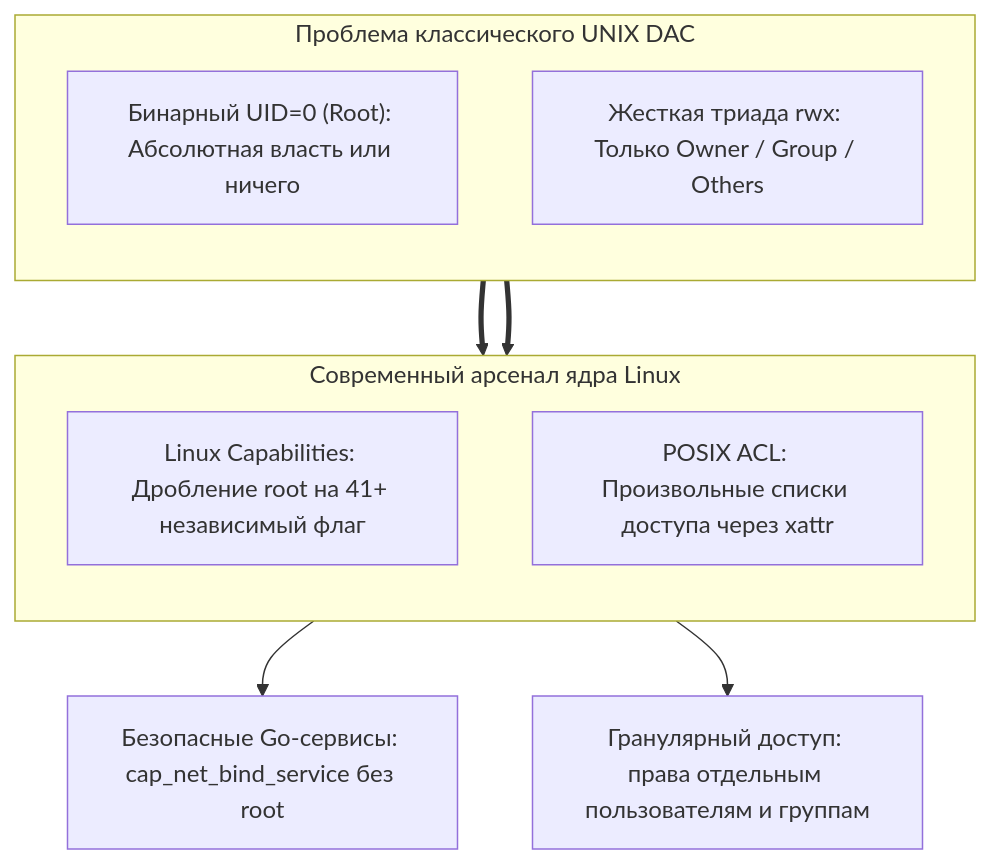
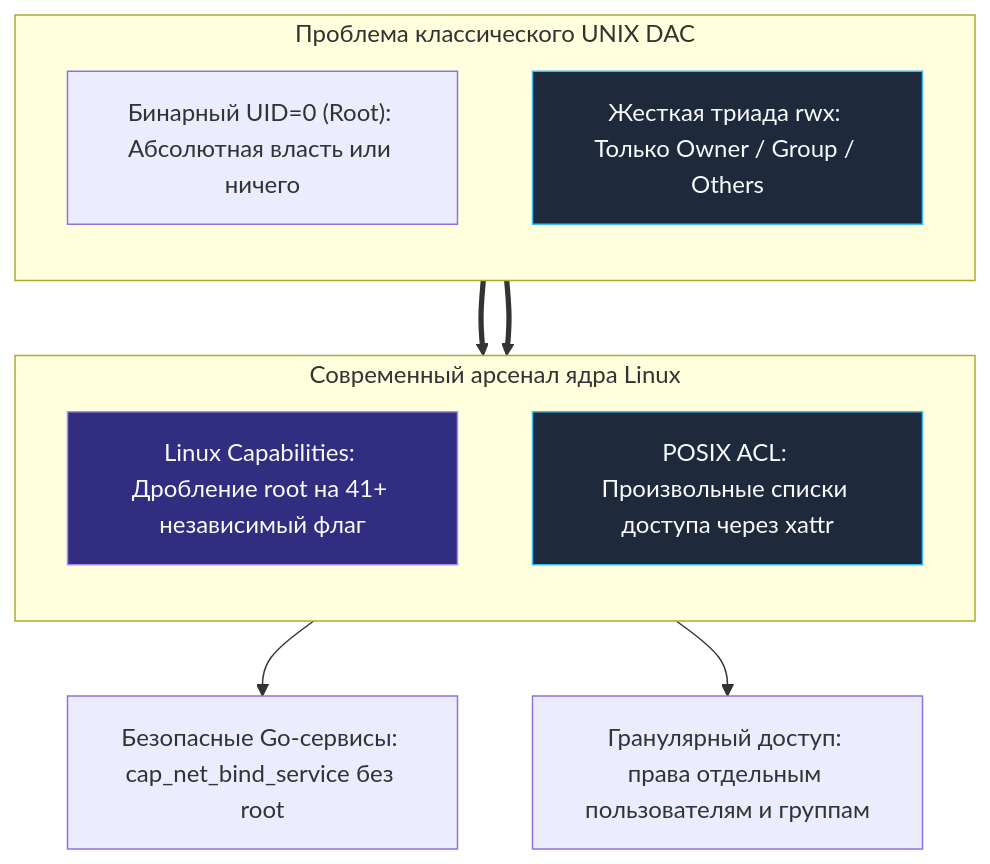
One commit to UnrealTemplier/go-textbook changed the first of 4 diagrams in sources/2. Устройство и работа ОС/57. ACL, capabilities и привилегии процессов.md. Above: the diagram before and after it, drawn with Mermaid. The commit also changed other lines of this file and 1666 other files, not shown here.

First line of the commit message:
feat(mermaid): add semantic color classDef to 1369 colorless flowchart/graph diagrams

````diff
--- a/sources/2. Устройство и работа ОС/57. ACL, capabilities и привилегии процессов.md
+++ b/sources/2. Устройство и работа ОС/57. ACL, capabilities и привилегии процессов.md
@@ -12,20 +12,30 @@
 ```mermaid
 flowchart TD
+    classDef process  fill:#1e293b,stroke:#38bdf8,stroke-width:1px,color:#f8fafc
+    classDef success  fill:#064e3b,stroke:#34d399,stroke-width:1px,color:#f8fafc
+    classDef error    fill:#7f1d1d,stroke:#f87171,stroke-width:1px,color:#f8fafc
+    classDef warning  fill:#78350f,stroke:#fbbf24,stroke-width:1px,color:#f8fafc
+    classDef entry    fill:#1e3a5f,stroke:#38bdf8,stroke-width:2px,color:#f8fafc
+    classDef aux      fill:#334155,stroke:#64748b,stroke-width:1px,color:#f8fafc
+    classDef system   fill:#312e81,stroke:#a78bfa,stroke-width:1px,color:#f8fafc
+    classDef data     fill:#132d29,stroke:#2dd4bf,stroke-width:1px,color:#f8fafc
+    classDef network  fill:#881337,stroke:#fb7185,stroke-width:1px,color:#f8fafc
+    classDef accent   fill:#1e1b4b,stroke:#818cf8,stroke-width:1px,color:#f8fafc
     subgraph Problem ["Проблема классического UNIX DAC"]
         direction TB
         BinaryRoot["Бинарный UID=0 (Root): Абсолютная власть или ничего"]
-        RigidRWX["Жесткая триада rwx: Только Owner / Group / Others"]
+        RigidRWX["Жесткая триада rwx: Только Owner / Group / Others"]:::process
     end
 
     subgraph Solution ["Современный арсенал ядра Linux"]
         direction TB
-        Capabilities["Linux Capabilities: Дробление root на 41+ независимый флаг"]
-        ACL["POSIX ACL: Произвольные списки доступа через xattr"]
+        Capabilities["Linux Capabilities: Дробление root на 41+ независимый флаг"]:::system
+        ACL["POSIX ACL: Произвольные списки доступа через xattr"]:::process
     end
 
     BinaryRoot ==> Capabilities
     RigidRWX ==> ACL
 
     Capabilities --> SafeServices["Безопасные Go-сервисы: cap_net_bind_service без root"]
     ACL --> GranularFiles["Гранулярный доступ: права отдельным пользователям и группам"]
 ```
````
